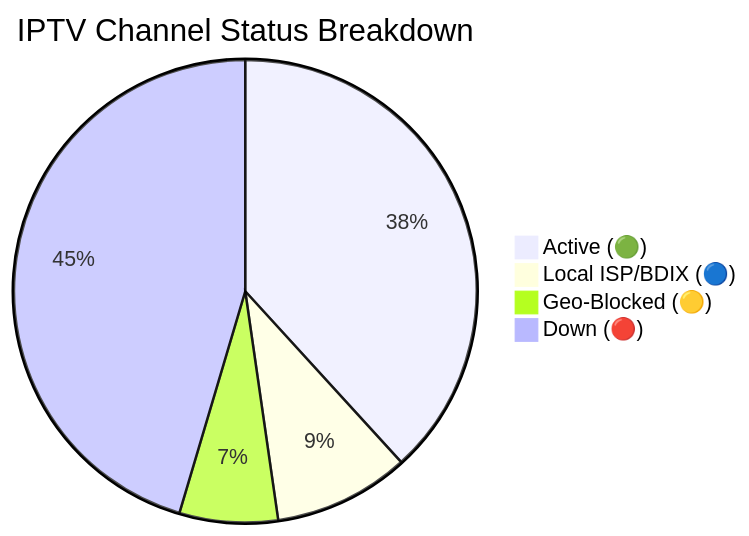
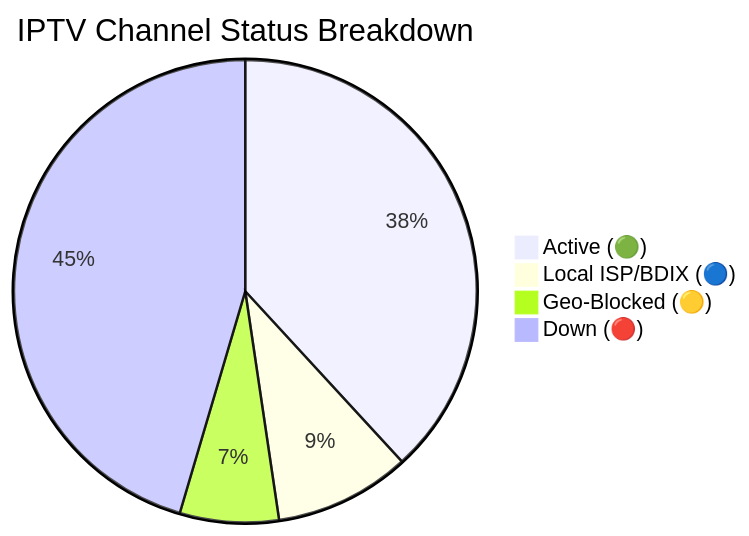
The diagram in README.md (Zaman-Topu/Ip-tv-Collection), drawn with Mermaid before and after one commit. The commit also changed other lines of this file and 1 other file, not shown here.

Commit message:
docs(readme): auto-update daily channel status chart

````diff
--- a/README.md
+++ b/README.md
@@ -59,7 +59,7 @@
 ```mermaid
 pie title IPTV Channel Status Breakdown
-    "Active (🟢)" : 3087
+    "Active (🟢)" : 3082
     "Local ISP/BDIX (🔵)" : 767
-    "Geo-Blocked (🟡)" : 555
-    "Down (🔴)" : 3667
+    "Geo-Blocked (🟡)" : 558
+    "Down (🔴)" : 3669
 ```
````
